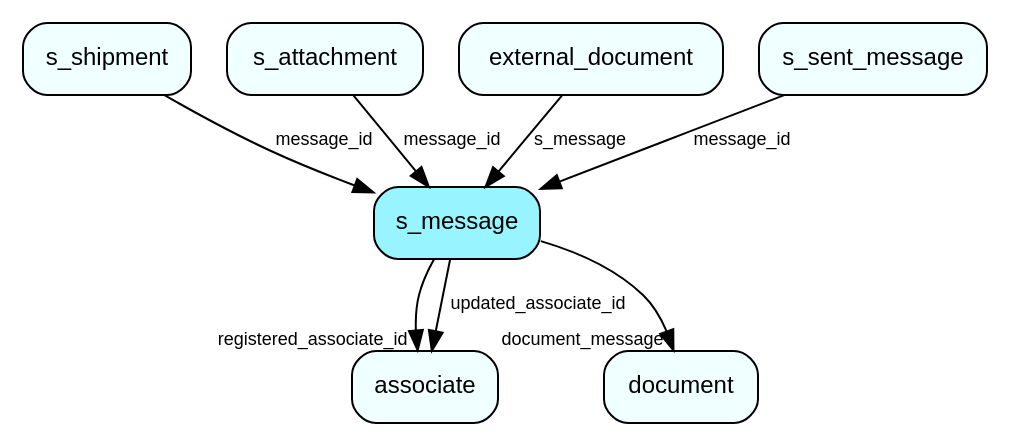
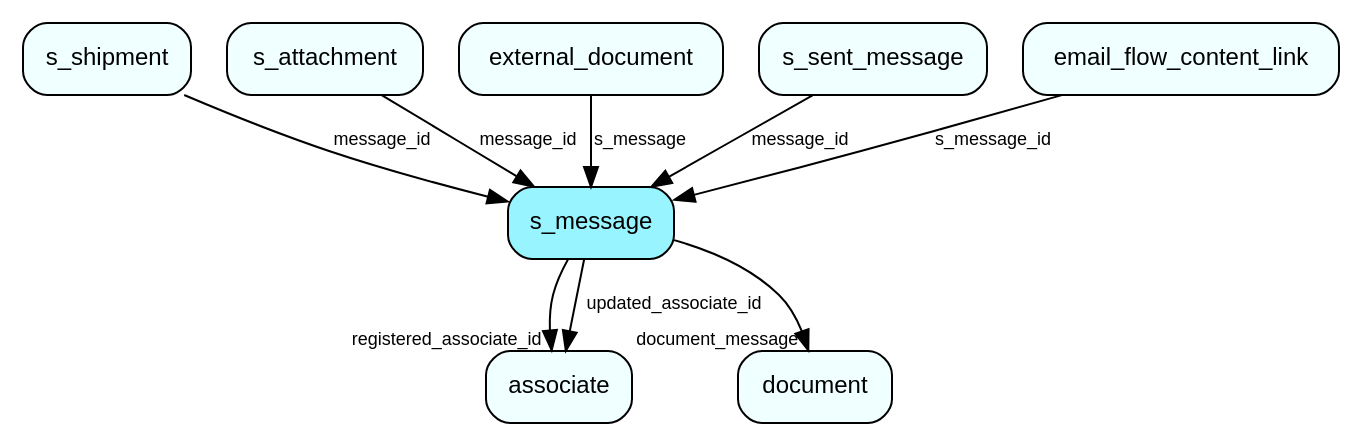
The diagram in docs/en/database/tables/media/s_message.dot (SuperOfficeDocs/superoffice-docs), drawn with Graphviz before and after one commit. The commit also changed 680 other files, not shown here.

```diff
--- a/docs/en/database/tables/media/s_message.dot
+++ b/docs/en/database/tables/media/s_message.dot
@@ -1,19 +1,21 @@
 digraph s_message  {
 node [shape = box style="rounded, filled" fontname = "Helvetica" fontsize = "12" ]
 edge [fontname = "Helvetica" fontsize = "9"]
 
 s_message[fillcolor = "cadetblue1"]
 associate[fillcolor = "azure1"]
 document[fillcolor = "azure1"]
 s_shipment[fillcolor = "azure1"]
 s_attachment[fillcolor = "azure1"]
 external_document[fillcolor = "azure1"]
 s_sent_message[fillcolor = "azure1"]
+email_flow_content_link[fillcolor = "azure1"]
 s_message -> associate [headlabel = "registered_associate_id"]
 s_message -> associate [label = "updated_associate_id"]
 s_message -> document [headlabel = "document_message"]
 s_shipment -> s_message [label = "message_id"]
 s_attachment -> s_message [label = "message_id"]
 external_document -> s_message [label = "s_message"]
 s_sent_message -> s_message [label = "message_id"]
+email_flow_content_link -> s_message [label = "s_message_id"]
 }
```
